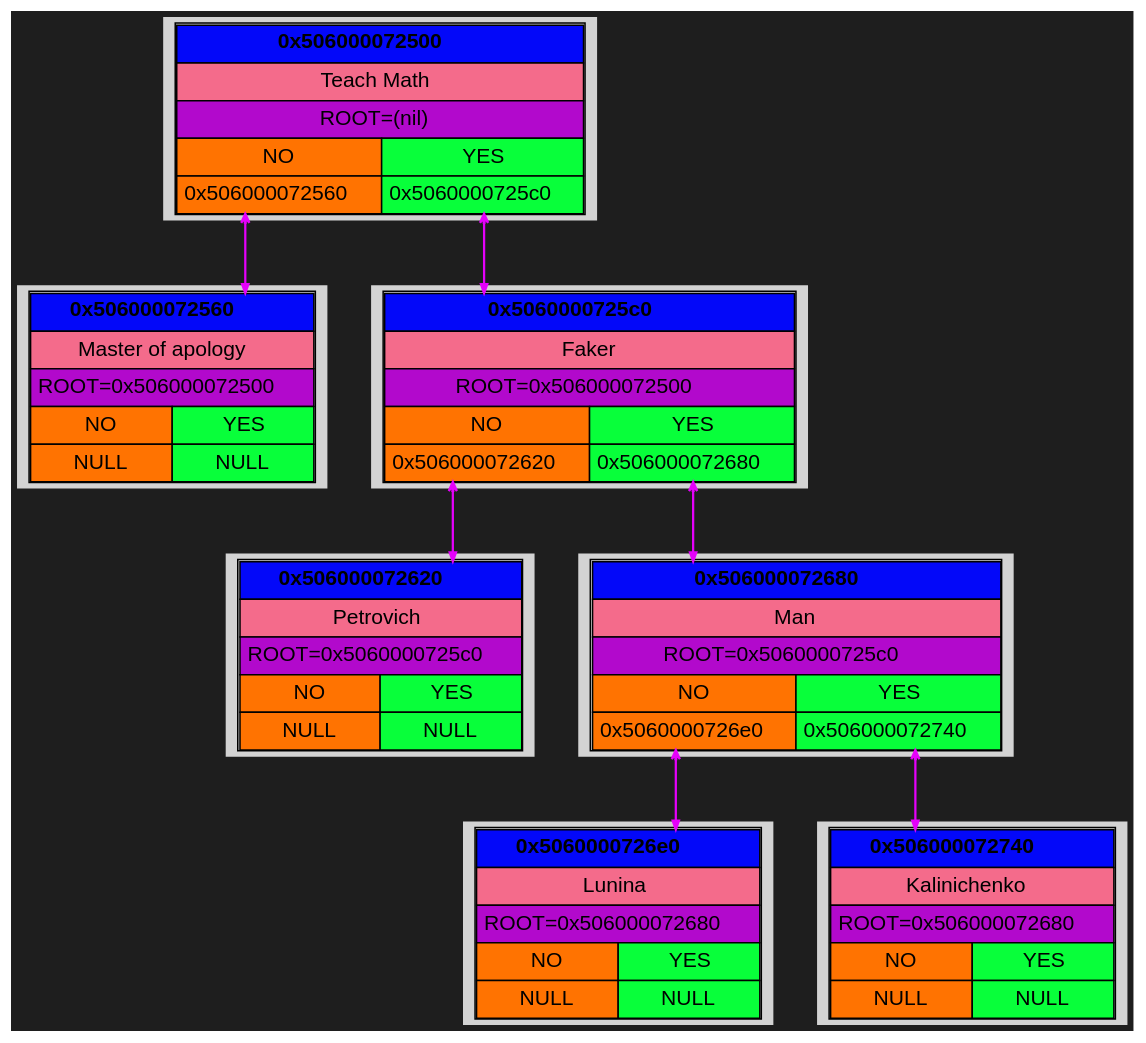
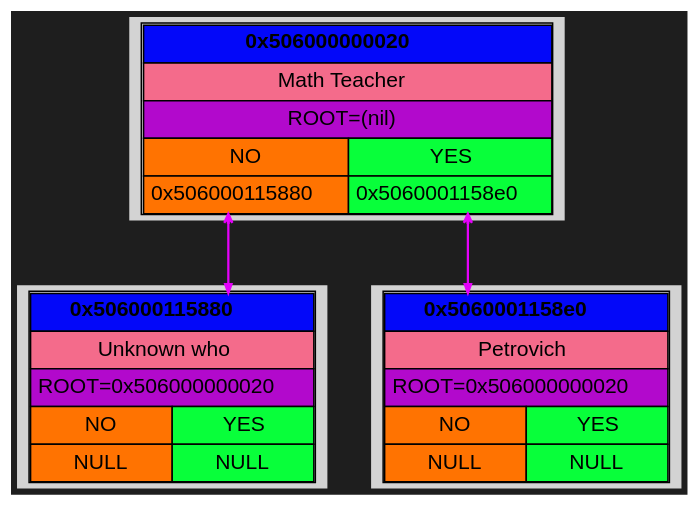
One commit to Kabuto-Mainer/Akinator changed the diagram in DUMPS/DUMP_1/graph.dot. Above: the diagram before and after it, drawn with Graphviz. The commit also changed 53 other files, not shown here.

```diff
--- a/DUMPS/DUMP_1/graph.dot
+++ b/DUMPS/DUMP_1/graph.dot
@@ -1,101 +1,49 @@
 digraph {
   rankdir=UD;
   bgcolor="#1e1e1e"
   splines=ortho;
   nodesep=0.4;
   ranksep=0.6;
   node [shape=plaintext, style=filled, fontname="Helvetica"];
   edge [arrowhead=vee, arrowsize=0.6, penwidth=1.2];
 
-block_0x506000072560 [label=<
+block_0x506000115880 [label=<
 <TABLE CELLSPACING="0" CELLPADDING="4">
-<TR><TD PORT="root" BGCOLOR="#0308f9ff" COLSPAN="2"><B>0x506000072560</B></TD></TR>
-<TR><TD BGCOLOR="#f46b8bff" COLSPAN="2">Master of apology</TD></TR>
-<TR><TD BGCOLOR="#b209ccff" COLSPAN="2">ROOT=0x506000072500</TD></TR>
+<TR><TD PORT="root" BGCOLOR="#0308f9ff" COLSPAN="2"><B>0x506000115880</B></TD></TR>
+<TR><TD BGCOLOR="#f46b8bff" COLSPAN="2">Unknown who</TD></TR>
+<TR><TD BGCOLOR="#b209ccff" COLSPAN="2">ROOT=0x506000000020</TD></TR>
 <TR><TD BGCOLOR="#ff7301ff">NO</TD><TD BGCOLOR="#08ff3aff">YES</TD></TR>
 <TR>
 <TD PORT="left" BGCOLOR="#ff7301ff">NULL</TD>
 <TD PORT="right" BGCOLOR="#08ff3aff">NULL</TD>
 </TR>
 </TABLE> >];
 
-block_0x506000072620 [label=<
+block_0x5060001158e0 [label=<
 <TABLE CELLSPACING="0" CELLPADDING="4">
-<TR><TD PORT="root" BGCOLOR="#0308f9ff" COLSPAN="2"><B>0x506000072620</B></TD></TR>
+<TR><TD PORT="root" BGCOLOR="#0308f9ff" COLSPAN="2"><B>0x5060001158e0</B></TD></TR>
 <TR><TD BGCOLOR="#f46b8bff" COLSPAN="2">Petrovich</TD></TR>
-<TR><TD BGCOLOR="#b209ccff" COLSPAN="2">ROOT=0x5060000725c0</TD></TR>
+<TR><TD BGCOLOR="#b209ccff" COLSPAN="2">ROOT=0x506000000020</TD></TR>
 <TR><TD BGCOLOR="#ff7301ff">NO</TD><TD BGCOLOR="#08ff3aff">YES</TD></TR>
 <TR>
 <TD PORT="left" BGCOLOR="#ff7301ff">NULL</TD>
 <TD PORT="right" BGCOLOR="#08ff3aff">NULL</TD>
 </TR>
 </TABLE> >];
 
-block_0x5060000726e0 [label=<
+block_0x506000000020 [label=<
 <TABLE CELLSPACING="0" CELLPADDING="4">
-<TR><TD PORT="root" BGCOLOR="#0308f9ff" COLSPAN="2"><B>0x5060000726e0</B></TD></TR>
-<TR><TD BGCOLOR="#f46b8bff" COLSPAN="2">Lunina</TD></TR>
-<TR><TD BGCOLOR="#b209ccff" COLSPAN="2">ROOT=0x506000072680</TD></TR>
+<TR><TD PORT="root" BGCOLOR="#0308f9ff" COLSPAN="2"><B>0x506000000020</B></TD></TR>
+<TR><TD BGCOLOR="#f46b8bff" COLSPAN="2">Math Teacher</TD></TR>
+<TR><TD BGCOLOR="#b209ccff" COLSPAN="2">ROOT=(nil)</TD></TR>
 <TR><TD BGCOLOR="#ff7301ff">NO</TD><TD BGCOLOR="#08ff3aff">YES</TD></TR>
 <TR>
-<TD PORT="left" BGCOLOR="#ff7301ff">NULL</TD>
-<TD PORT="right" BGCOLOR="#08ff3aff">NULL</TD>
+<TD PORT="left" BGCOLOR="#ff7301ff">0x506000115880</TD>
+<TD PORT="right" BGCOLOR="#08ff3aff">0x5060001158e0</TD>
 </TR>
 </TABLE> >];
 
-block_0x506000072740 [label=<
-<TABLE CELLSPACING="0" CELLPADDING="4">
-<TR><TD PORT="root" BGCOLOR="#0308f9ff" COLSPAN="2"><B>0x506000072740</B></TD></TR>
-<TR><TD BGCOLOR="#f46b8bff" COLSPAN="2">Kalinichenko</TD></TR>
-<TR><TD BGCOLOR="#b209ccff" COLSPAN="2">ROOT=0x506000072680</TD></TR>
-<TR><TD BGCOLOR="#ff7301ff">NO</TD><TD BGCOLOR="#08ff3aff">YES</TD></TR>
-<TR>
-<TD PORT="left" BGCOLOR="#ff7301ff">NULL</TD>
-<TD PORT="right" BGCOLOR="#08ff3aff">NULL</TD>
-</TR>
-</TABLE> >];
-
-block_0x506000072680 [label=<
-<TABLE CELLSPACING="0" CELLPADDING="4">
-<TR><TD PORT="root" BGCOLOR="#0308f9ff" COLSPAN="2"><B>0x506000072680</B></TD></TR>
-<TR><TD BGCOLOR="#f46b8bff" COLSPAN="2">Man</TD></TR>
-<TR><TD BGCOLOR="#b209ccff" COLSPAN="2">ROOT=0x5060000725c0</TD></TR>
-<TR><TD BGCOLOR="#ff7301ff">NO</TD><TD BGCOLOR="#08ff3aff">YES</TD></TR>
-<TR>
-<TD PORT="left" BGCOLOR="#ff7301ff">0x5060000726e0</TD>
-<TD PORT="right" BGCOLOR="#08ff3aff">0x506000072740</TD>
-</TR>
-</TABLE> >];
-
-block_0x5060000725c0 [label=<
-<TABLE CELLSPACING="0" CELLPADDING="4">
-<TR><TD PORT="root" BGCOLOR="#0308f9ff" COLSPAN="2"><B>0x5060000725c0</B></TD></TR>
-<TR><TD BGCOLOR="#f46b8bff" COLSPAN="2">Faker</TD></TR>
-<TR><TD BGCOLOR="#b209ccff" COLSPAN="2">ROOT=0x506000072500</TD></TR>
-<TR><TD BGCOLOR="#ff7301ff">NO</TD><TD BGCOLOR="#08ff3aff">YES</TD></TR>
-<TR>
-<TD PORT="left" BGCOLOR="#ff7301ff">0x506000072620</TD>
-<TD PORT="right" BGCOLOR="#08ff3aff">0x506000072680</TD>
-</TR>
-</TABLE> >];
-
-block_0x506000072500 [label=<
-<TABLE CELLSPACING="0" CELLPADDING="4">
-<TR><TD PORT="root" BGCOLOR="#0308f9ff" COLSPAN="2"><B>0x506000072500</B></TD></TR>
-<TR><TD BGCOLOR="#f46b8bff" COLSPAN="2">Teach Math</TD></TR>
-<TR><TD BGCOLOR="#b209ccff" COLSPAN="2">ROOT=(nil)</TD></TR>
-<TR><TD BGCOLOR="#ff7301ff">NO</TD><TD BGCOLOR="#08ff3aff">YES</TD></TR>
-<TR>
-<TD PORT="left" BGCOLOR="#ff7301ff">0x506000072560</TD>
-<TD PORT="right" BGCOLOR="#08ff3aff">0x5060000725c0</TD>
-</TR>
-</TABLE> >];
-
-block_0x506000072680:right -> block_0x506000072740:root [color="#e501faff", penwidth = 1.5, arrowsize = 0.6, constraint = true, dir = both];
-block_0x506000072680:left -> block_0x5060000726e0:root [color="#e501faff", penwidth = 1.5, arrowsize = 0.6, constraint = true, dir = both];
-block_0x5060000725c0:right -> block_0x506000072680:root [color="#e501faff", penwidth = 1.5, arrowsize = 0.6, constraint = true, dir = both];
-block_0x5060000725c0:left -> block_0x506000072620:root [color="#e501faff", penwidth = 1.5, arrowsize = 0.6, constraint = true, dir = both];
-block_0x506000072500:right -> block_0x5060000725c0:root [color="#e501faff", penwidth = 1.5, arrowsize = 0.6, constraint = true, dir = both];
-block_0x506000072500:left -> block_0x506000072560:root [color="#e501faff", penwidth = 1.5, arrowsize = 0.6, constraint = true, dir = both];
+block_0x506000000020:right -> block_0x5060001158e0:root [color="#e501faff", penwidth = 1.5, arrowsize = 0.6, constraint = true, dir = both];
+block_0x506000000020:left -> block_0x506000115880:root [color="#e501faff", penwidth = 1.5, arrowsize = 0.6, constraint = true, dir = both];
 
 }
```
